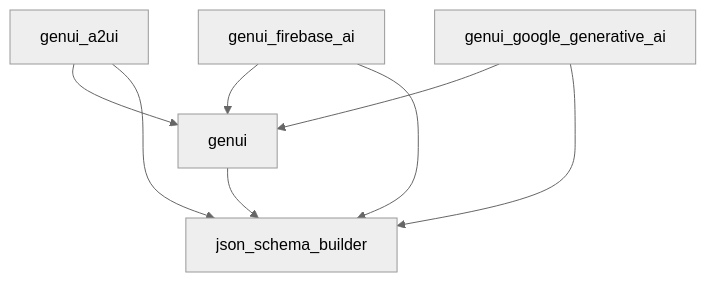
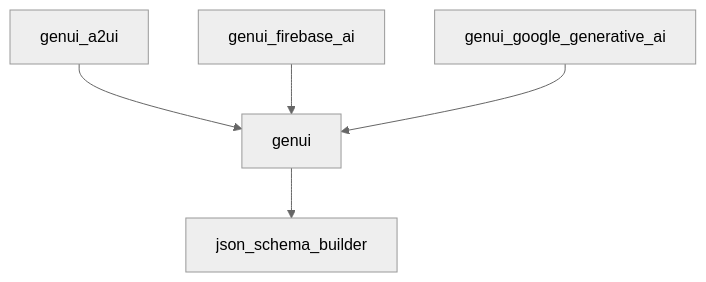
One commit to flutter/genui changed the diagram in README.md. Above: the diagram before and after it, drawn with Mermaid (neutral theme). The commit also changed other lines of this file, not shown here.

````diff
--- a/README.md
+++ b/README.md
@@ -97,10 +97,7 @@
 ```mermaid
 graph TD
-    genui --> json_schema_builder
-    genui_a2ui --> genui
-    genui_a2ui --> json_schema_builder
-    genui_firebase_ai --> genui
-    genui_firebase_ai --> json_schema_builder
-    genui_google_generative_ai --> genui
-    genui_google_generative_ai --> json_schema_builder
+  genui --> json_schema_builder
+  genui_a2ui --> genui
+  genui_firebase_ai --> genui
+  genui_google_generative_ai --> genui
 ```
````
